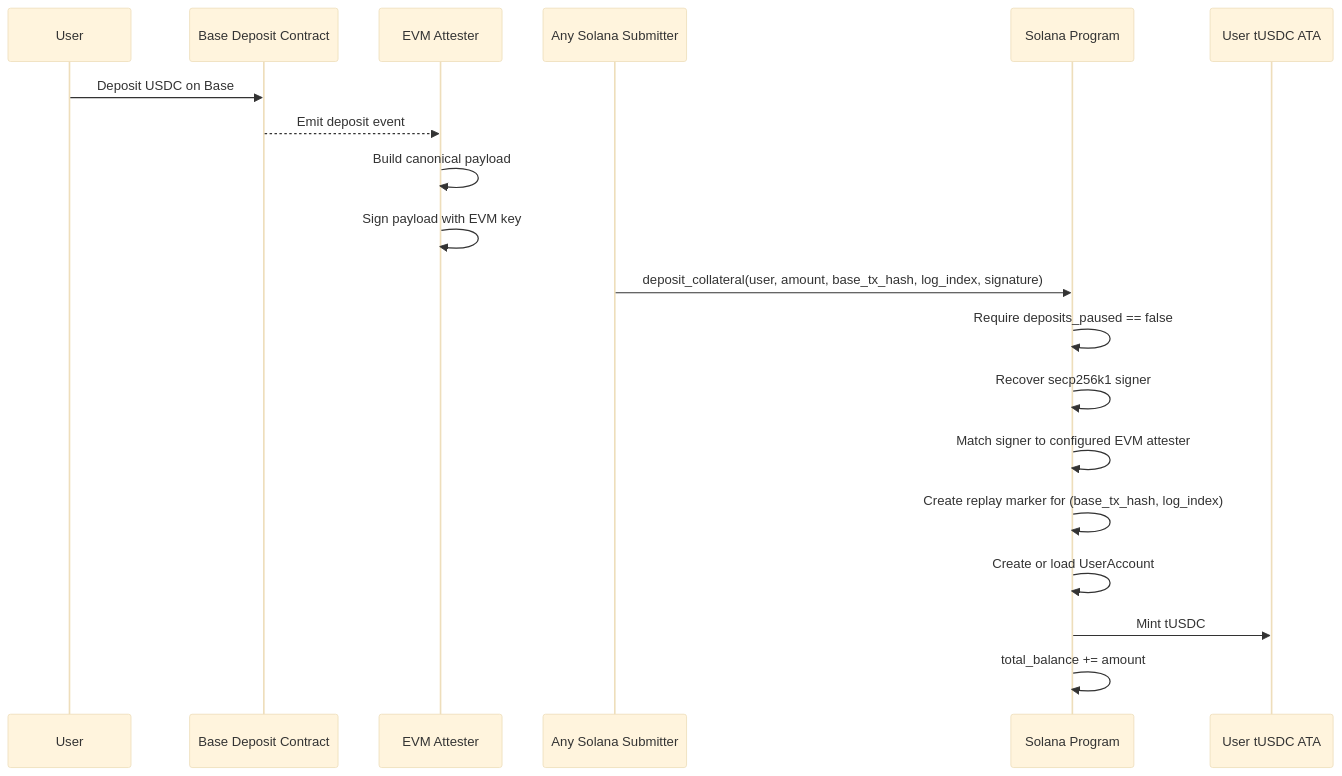
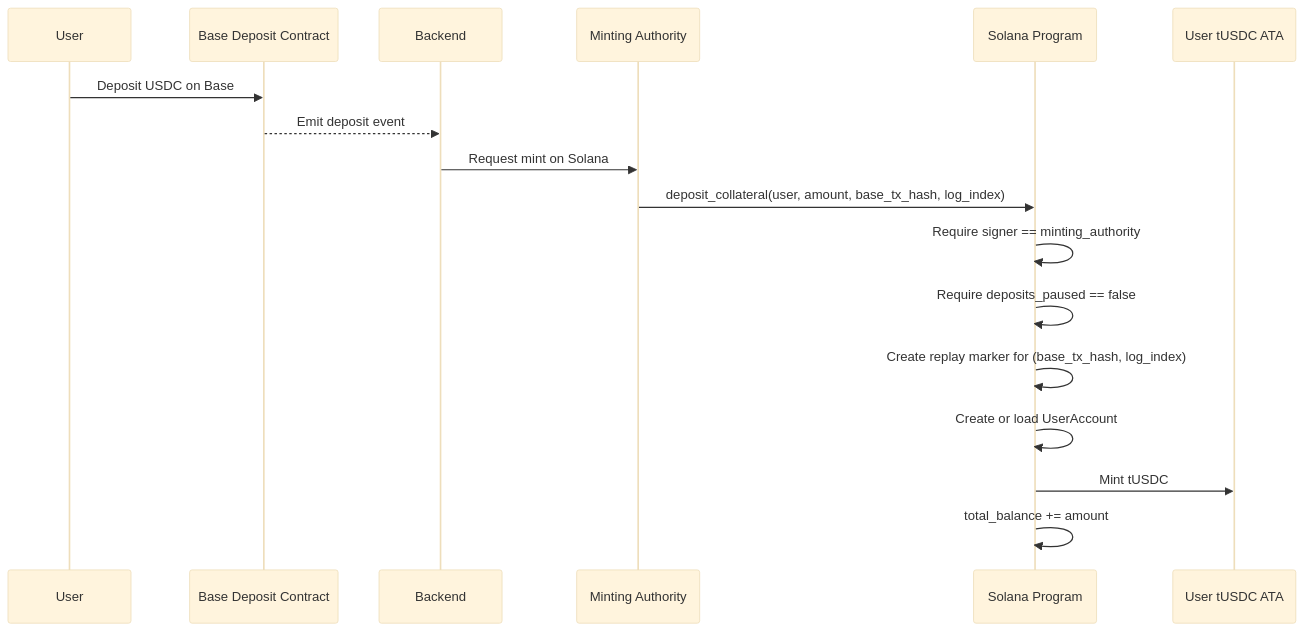
Before and after one commit to tradestars-app/tradestars-v3-solana: the first of 9 diagrams in docs/vault-architecture.md, drawn with Mermaid (base theme). The commit also changed other lines of this file and 11 other files, not shown here.

Commit message:
fix: mint authority

````diff
--- a/docs/vault-architecture.md
+++ b/docs/vault-architecture.md
@@ -48,22 +42,20 @@
 ```mermaid
 sequenceDiagram
     participant U as User
     participant B as Base Deposit Contract
-    participant A as EVM Attester
-    participant R as Any Solana Submitter
+    participant S as Backend
+    participant M as Minting Authority
     participant P as Solana Program
     participant T as User tUSDC ATA
 
     U->>B: Deposit USDC on Base
-    B-->>A: Emit deposit event
-    A->>A: Build canonical payload
-    A->>A: Sign payload with EVM key
-    R->>P: deposit_collateral(user, amount, base_tx_hash, log_index, signature)
+    B-->>S: Emit deposit event
+    S->>M: Request mint on Solana
+    M->>P: deposit_collateral(user, amount, base_tx_hash, log_index)
+    P->>P: Require signer == minting_authority
     P->>P: Require deposits_paused == false
-    P->>P: Recover secp256k1 signer
-    P->>P: Match signer to configured EVM attester
     P->>P: Create replay marker for (base_tx_hash, log_index)
     P->>P: Create or load UserAccount
     P->>T: Mint tUSDC
     P->>P: total_balance += amount
 ```
````
